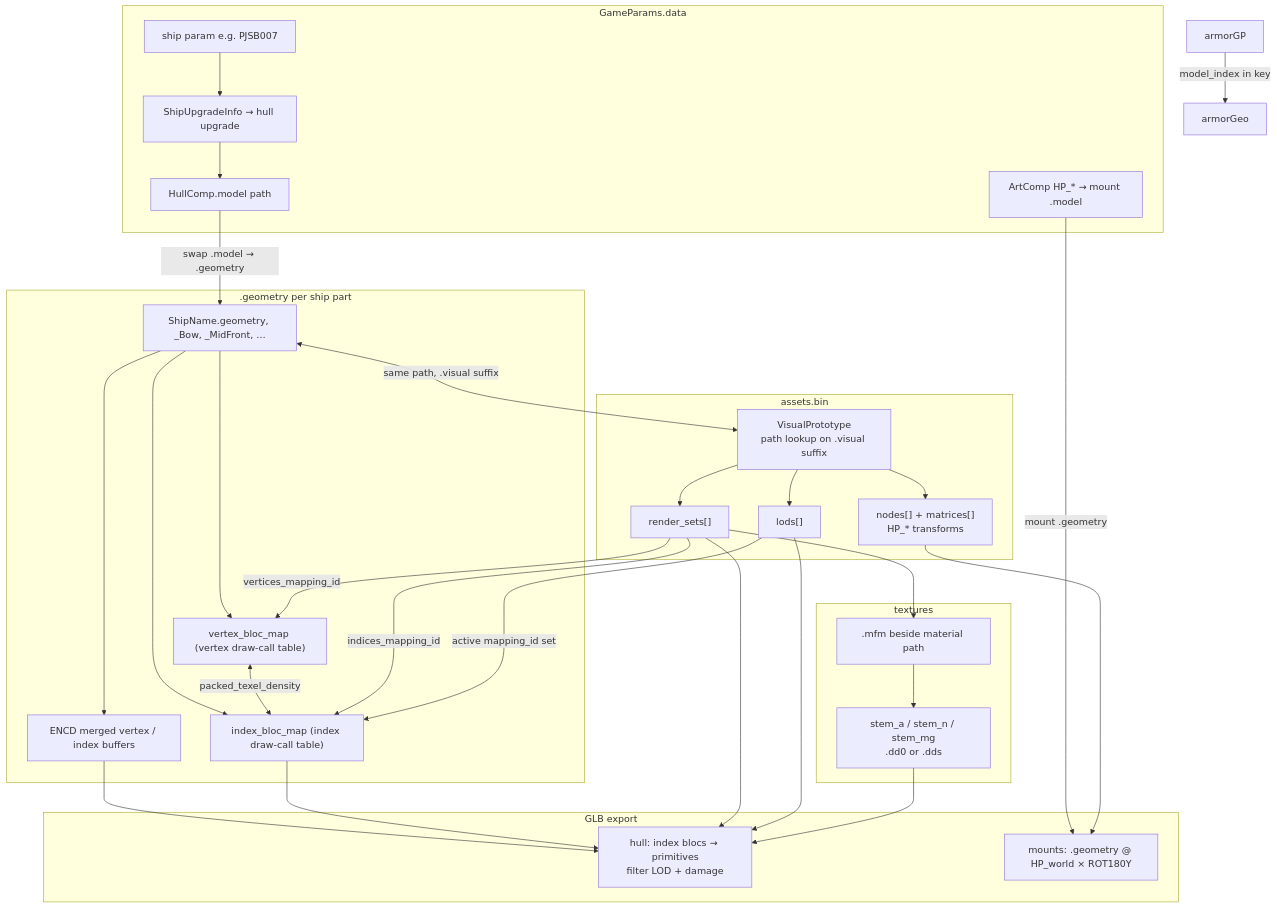
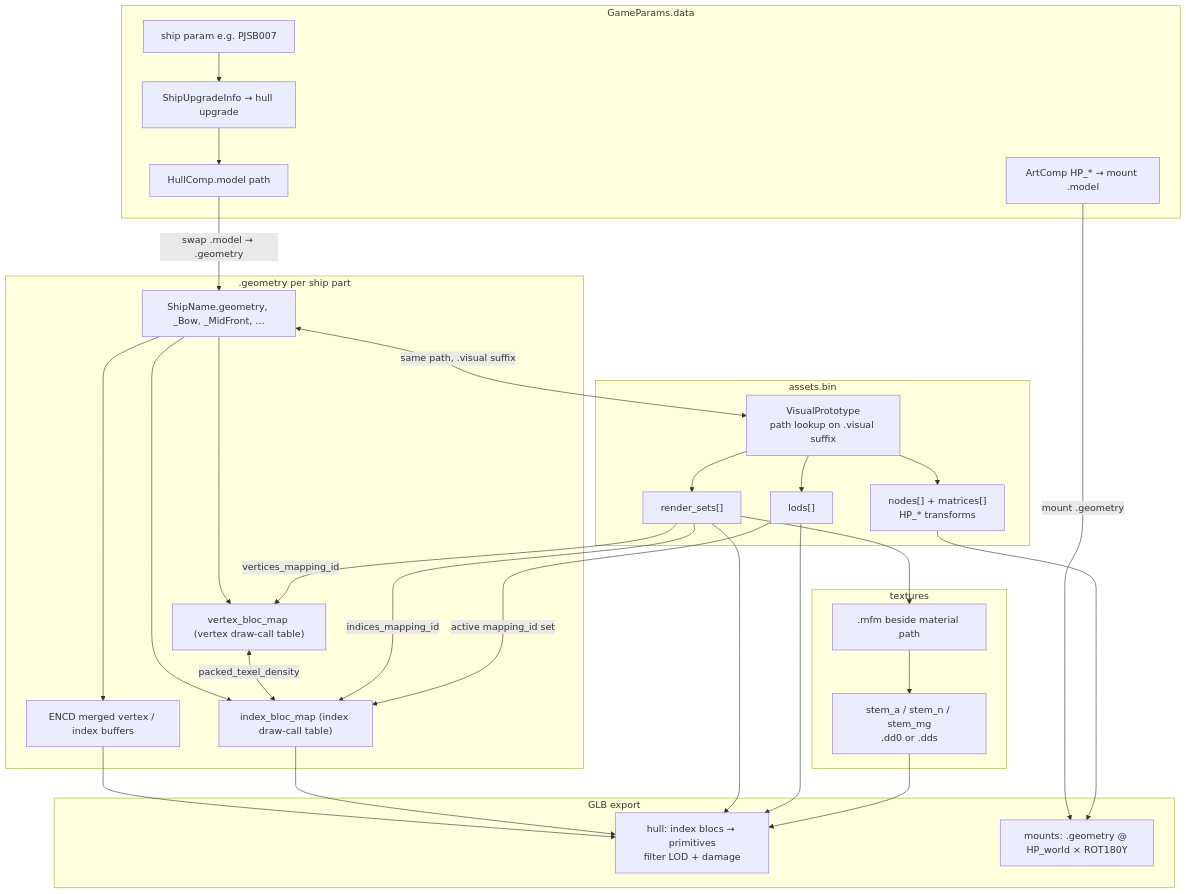
Before and after one commit to wows-tools/wows-geometry: the first of 2 diagrams in MODEL.md, drawn with Mermaid.

Commit message:
remove unwanted link

````diff
--- a/MODEL.md
+++ b/MODEL.md
@@ -22,61 +22,60 @@
 ```mermaid
 flowchart TB
     subgraph GP["GameParams.data"]
         ship["ship param e.g. PJSB007"]
         upgrade["ShipUpgradeInfo → hull upgrade"]
         hullModel["HullComp.model path"]
         mountsGP["ArtComp HP_* → mount .model"]
     end
 
     subgraph GEOM[".geometry per ship part"]
         geomFiles["ShipName.geometry, _Bow, _MidFront, …"]
         vbloc["vertex_bloc_map (vertex draw-call table)"]
         ibloc["index_bloc_map (index draw-call table)"]
         encd["ENCD merged vertex / index buffers"]
     end
 
     subgraph AB["assets.bin"]
         visual["VisualPrototype<br/>path lookup on .visual suffix"]
         rs["render_sets[]"]
         lods["lods[]"]
         hpNodes["nodes[] + matrices[]<br/>HP_* transforms"]
     end
 
     subgraph TEX["textures"]
         mfm[".mfm beside material path"]
         dds["stem_a / stem_n / stem_mg<br/>.dd0 or .dds"]
     end
 
     subgraph OUT["GLB export"]
         hullOut["hull: index blocs → primitives<br/>filter LOD + damage"]
         mountOut["mounts: .geometry @ HP_world × ROT180Y"]
     end
 
     ship --> upgrade
     upgrade --> hullModel
     hullModel -->|"swap .model → .geometry"| geomFiles
     geomFiles --> vbloc
     geomFiles --> ibloc
     geomFiles --> encd
     vbloc <-->|"packed_texel_density"| ibloc
-    armorGP -->|"model_index in key"| armorGeo
 
     geomFiles <-->|"same path, .visual suffix"| visual
     visual --> rs
     visual --> lods
     visual --> hpNodes
 
     rs -->|"indices_mapping_id"| ibloc
     rs -->|"vertices_mapping_id"| vbloc
     rs --> mfm
     mfm --> dds
     lods -->|"active mapping_id set"| ibloc
 
     mountsGP -->|"mount .geometry"| mountOut
     hpNodes --> mountOut
     encd --> hullOut
     ibloc --> hullOut
     rs --> hullOut
     lods --> hullOut
     dds --> hullOut
 ```
````
